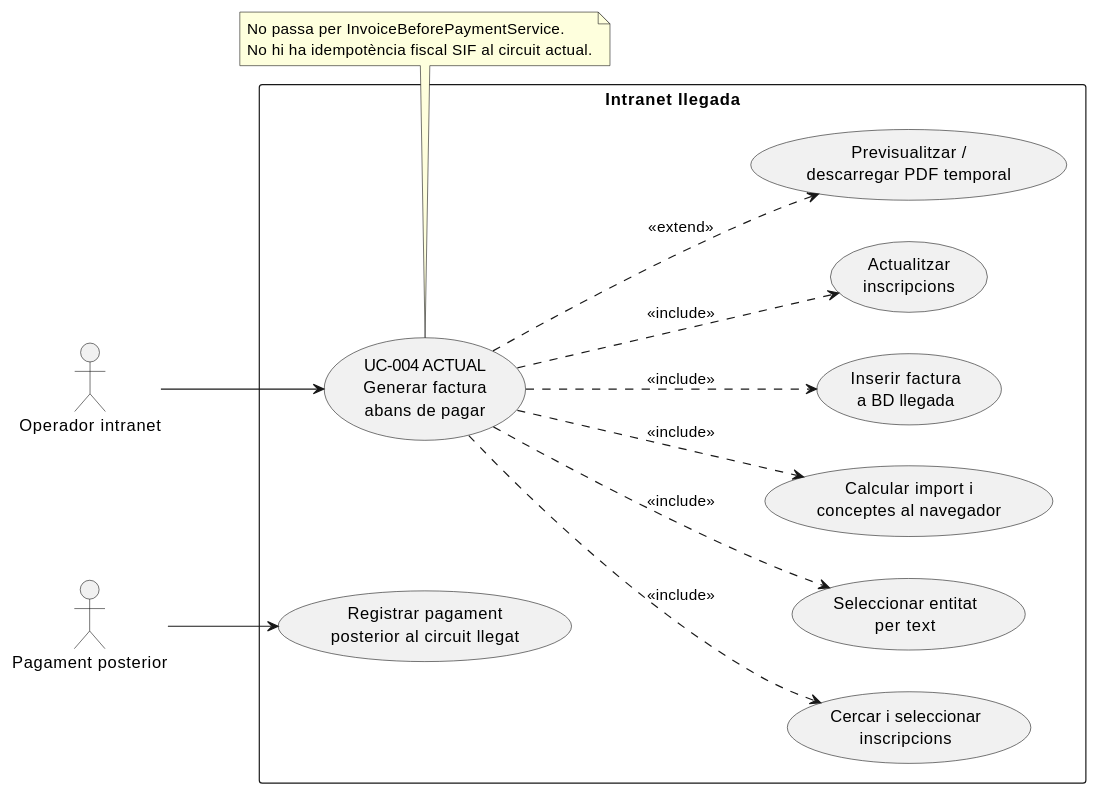
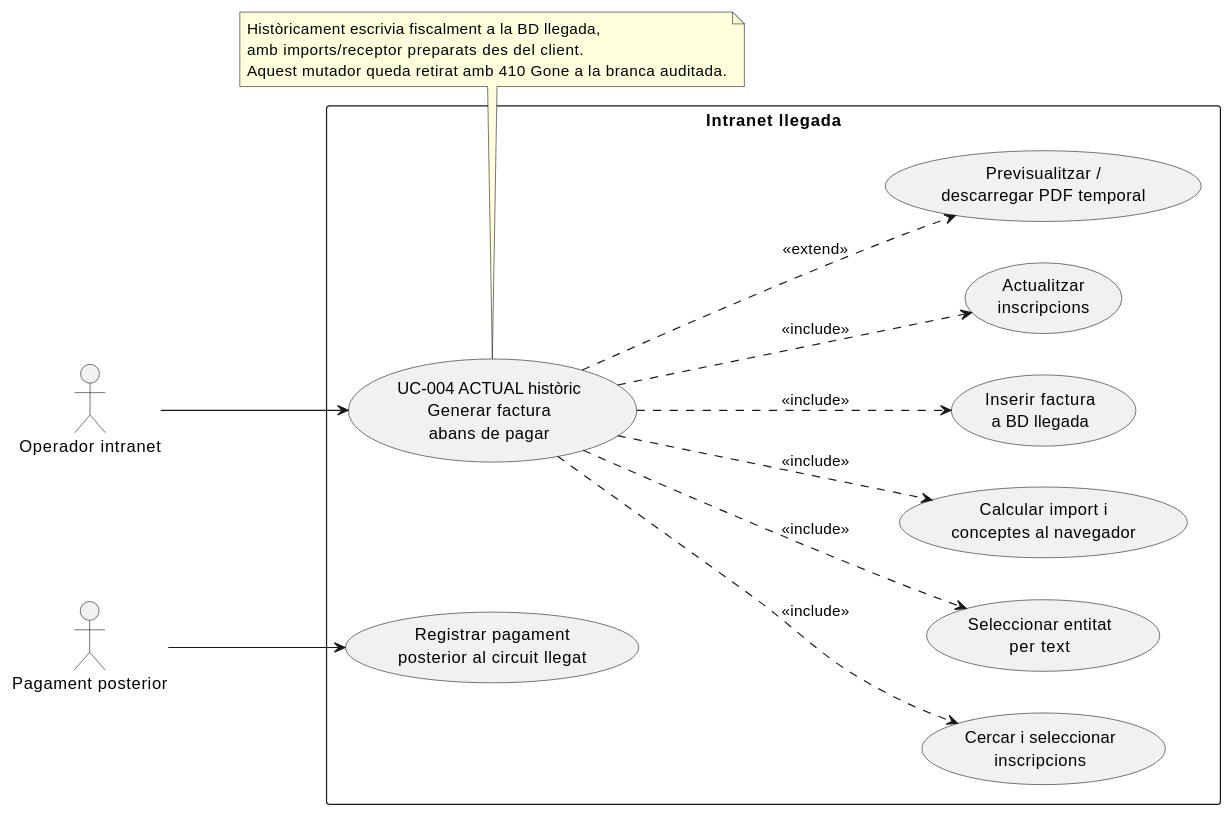
Before and after one commit to orgmeriemprismacat-del/verifactu: the first of 3 diagrams in documentacio/07-uml-integrat/uc-004-cas-us-actual-final.md, drawn with PlantUML. The commit also changed other lines of this file, not shown here.

Commit message:
docs(UC-004): actualitzar cas d'us ACTUAL FINAL

````diff
--- a/documentacio/07-uml-integrat/uc-004-cas-us-actual-final.md
+++ b/documentacio/07-uml-integrat/uc-004-cas-us-actual-final.md
@@ -9,32 +10,33 @@
 ```plantuml
 @startuml
 left to right direction
 actor "Operador intranet" as Op
 actor "Pagament posterior" as Pay
 
 rectangle "Intranet llegada" {
-  usecase "UC-004 ACTUAL\nGenerar factura\nabans de pagar" as UC04A
+  usecase "UC-004 ACTUAL històric\nGenerar factura\nabans de pagar" as UC04A
   usecase "Cercar i seleccionar\ninscripcions" as Sel
   usecase "Seleccionar entitat\nper text" as Ent
   usecase "Calcular import i\nconceptes al navegador" as Calc
   usecase "Inserir factura\na BD llegada" as LegacyIssue
   usecase "Actualitzar\ninscripcions" as Rel
   usecase "Previsualitzar /\ndescarregar PDF temporal" as Pdf
   usecase "Registrar pagament\nposterior al circuit llegat" as LegacyPay
 }
 
 Op --> UC04A
 UC04A ..> Sel : <<include>>
 UC04A ..> Ent : <<include>>
 UC04A ..> Calc : <<include>>
 UC04A ..> LegacyIssue : <<include>>
 UC04A ..> Rel : <<include>>
 UC04A ..> Pdf : <<extend>>
 Pay --> LegacyPay
 
 note bottom of UC04A
-  No passa per InvoiceBeforePaymentService.
-  No hi ha idempotència fiscal SIF al circuit actual.
+  Històricament escrivia fiscalment a la BD llegada,
+  amb imports/receptor preparats des del client.
+  Aquest mutador queda retirat amb 410 Gone a la branca auditada.
 end note
 @enduml
 ```
````
